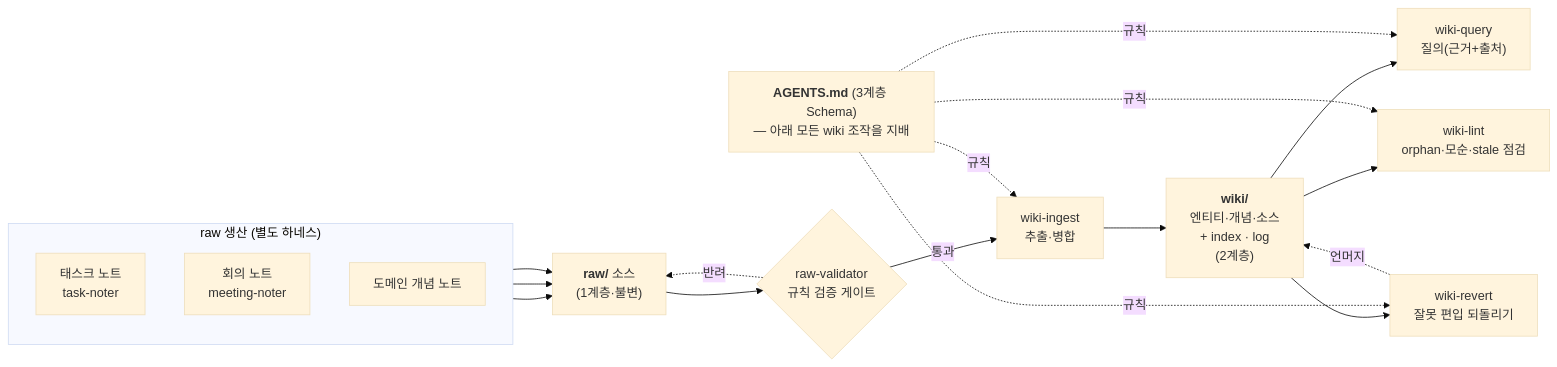
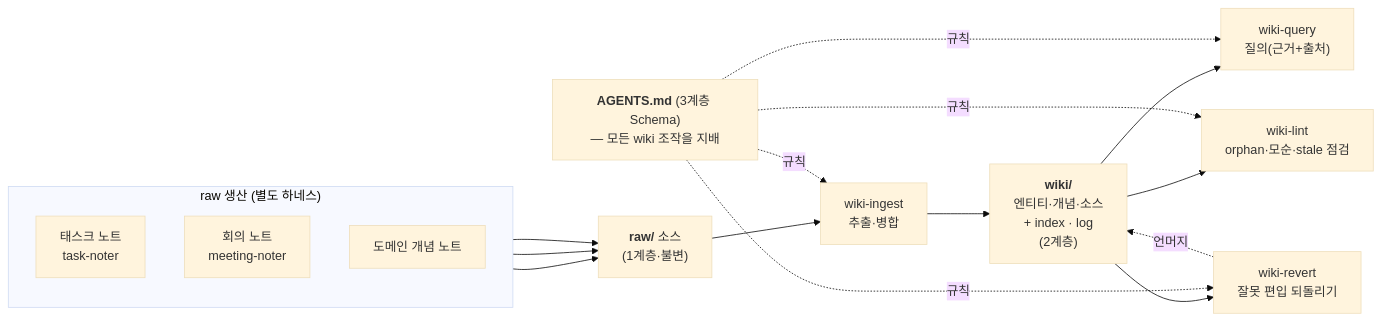
Before and after one commit to jsyang-dev/lucid-log: the diagram in src/content/blog/LLM-Wiki-하네스-구현.md, drawn with Mermaid (base theme). The commit also changed other lines of this file, not shown here.

````diff
--- a/src/content/blog/LLM-Wiki-하네스-구현.md
+++ b/src/content/blog/LLM-Wiki-하네스-구현.md
@@ -117,33 +91,31 @@
 ```mermaid
 flowchart LR
     subgraph FEED["raw 생산 (별도 하네스)"]
         direction TB
         T["태스크 노트<br/>task-noter"]
         M["회의 노트<br/>meeting-noter"]
         C["도메인 개념 노트"]
     end
 
     RAW["<b>raw/</b> 소스<br/>(1계층·불변)"]
-    VAL{"raw-validator<br/>규칙 검증 게이트"}
     ING["wiki-ingest<br/>추출·병합"]
     WIKI["<b>wiki/</b><br/>엔티티·개념·소스<br/>+ index · log<br/>(2계층)"]
     Q["wiki-query<br/>질의(근거+출처)"]
     L["wiki-lint<br/>orphan·모순·stale 점검"]
     R["wiki-revert<br/>잘못 편입 되돌리기"]
 
     T --> RAW
     M --> RAW
     C --> RAW
-    RAW --> VAL -->|통과| ING --> WIKI
-    VAL -.반려.-> RAW
+    RAW --> ING --> WIKI
     WIKI --> Q
     WIKI --> L
     WIKI --> R
     R -.언머지.-> WIKI
 
-    AGENTS["<b>AGENTS.md</b> (3계층 Schema)<br/>— 아래 모든 wiki 조작을 지배"]
+    AGENTS["<b>AGENTS.md</b> (3계층 Schema)<br/>— 모든 wiki 조작을 지배"]
     AGENTS -.규칙.-> ING
     AGENTS -.규칙.-> Q
     AGENTS -.규칙.-> L
     AGENTS -.규칙.-> R
 ```
````
